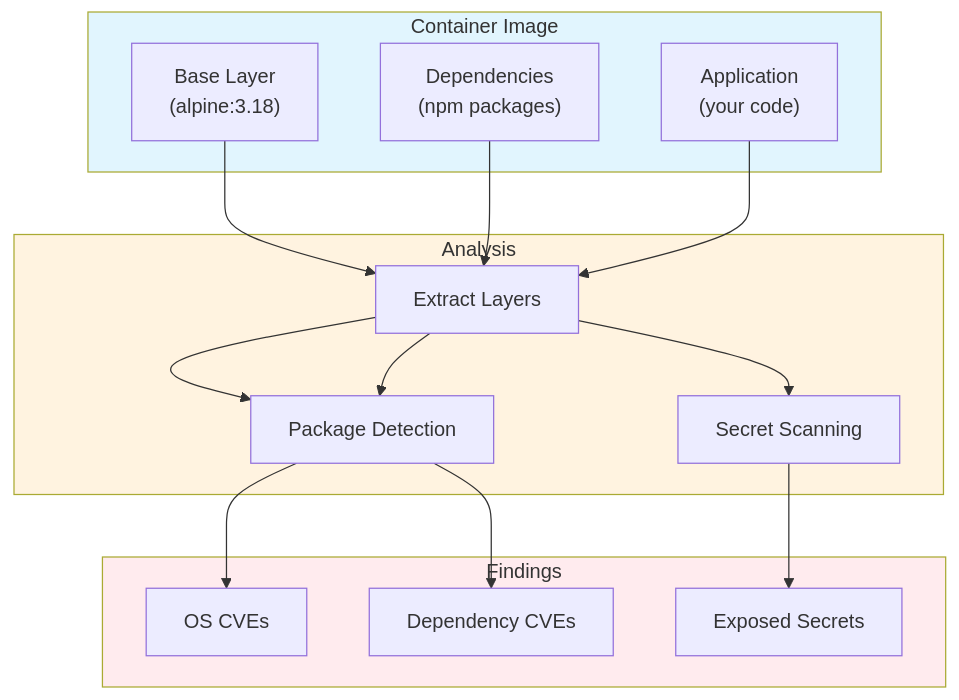
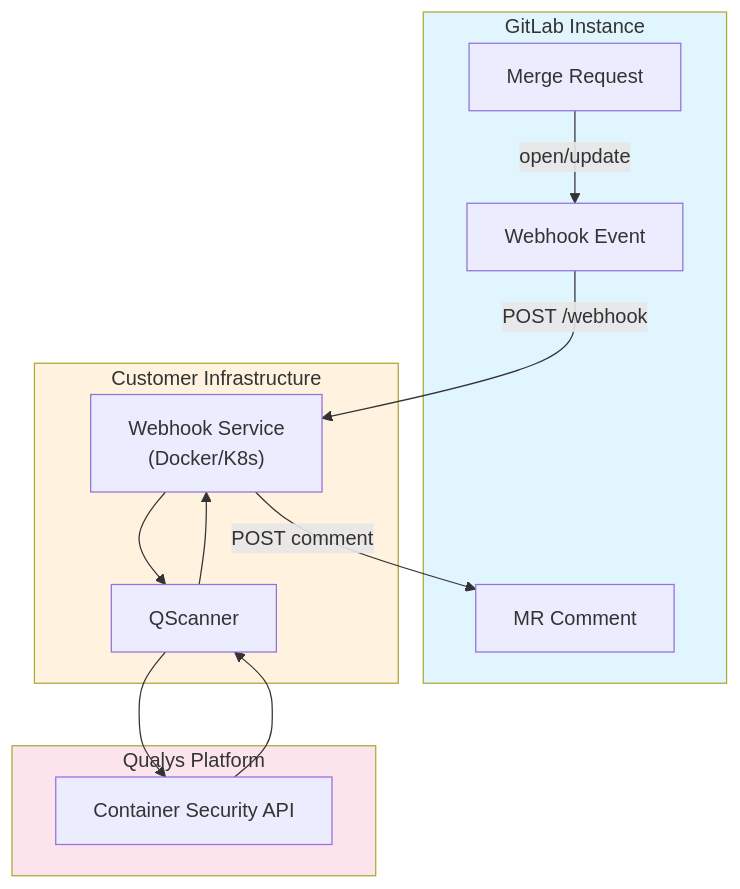
Before and after one commit to nelssec/qualys-gitlab: the fourth of 9 diagrams in docs/blog-technical-architecture.md, drawn with Mermaid. The commit also changed other lines of this file and 43 other files, not shown here.

````diff
--- a/docs/blog-technical-architecture.md
+++ b/docs/blog-technical-architecture.md
@@ -163,32 +157,27 @@
 ```mermaid
 flowchart TB
-    subgraph image["Container Image"]
-        base["Base Layer<br/>(alpine:3.18)"]
-        deps["Dependencies<br/>(npm packages)"]
-        app["Application<br/>(your code)"]
+    subgraph gitlab["GitLab Instance"]
+        MR[Merge Request]
+        WEBHOOK[Webhook Event]
+        COMMENT[MR Comment]
     end
 
-    subgraph analysis["Analysis"]
-        extract["Extract Layers"]
-        pkg["Package Detection"]
-        secret["Secret Scanning"]
+    subgraph customer["Customer Infrastructure"]
+        SERVICE["Webhook Service<br/>(Docker/K8s)"]
+        QSCANNER[QScanner]
     end
 
-    subgraph findings["Findings"]
-        os_vuln["OS CVEs"]
-        sca_vuln["Dependency CVEs"]
-        secrets["Exposed Secrets"]
+    subgraph qualys["Qualys Platform"]
+        API[Container Security API]
     end
 
-    base --> extract
-    deps --> extract
-    app --> extract
+    MR -->|"open/update"| WEBHOOK
+    WEBHOOK -->|"POST /webhook"| SERVICE
+    SERVICE --> QSCANNER --> API
+    API --> QSCANNER --> SERVICE
+    SERVICE -->|"POST comment"| COMMENT
 
-    extract --> pkg --> os_vuln
-    extract --> pkg --> sca_vuln
-    extract --> secret --> secrets
-
-    style image fill:#e1f5fe
-    style analysis fill:#fff3e0
-    style findings fill:#ffebee
+    style gitlab fill:#e1f5fe
+    style customer fill:#fff3e0
+    style qualys fill:#fce4ec
 ```
````
